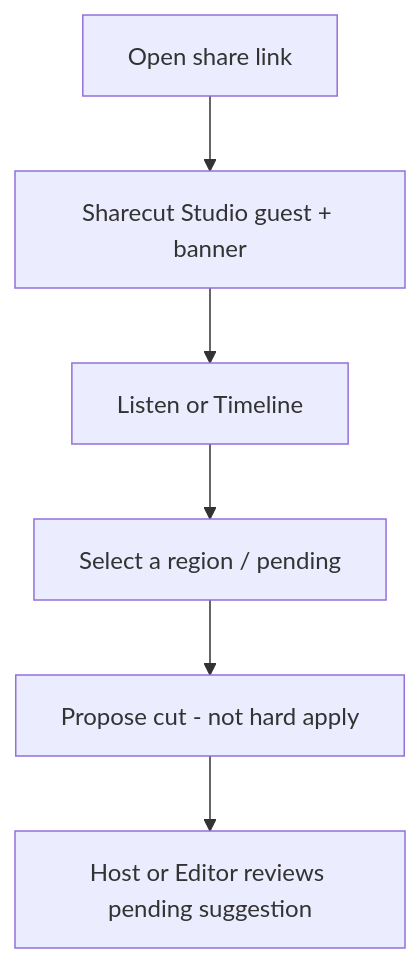
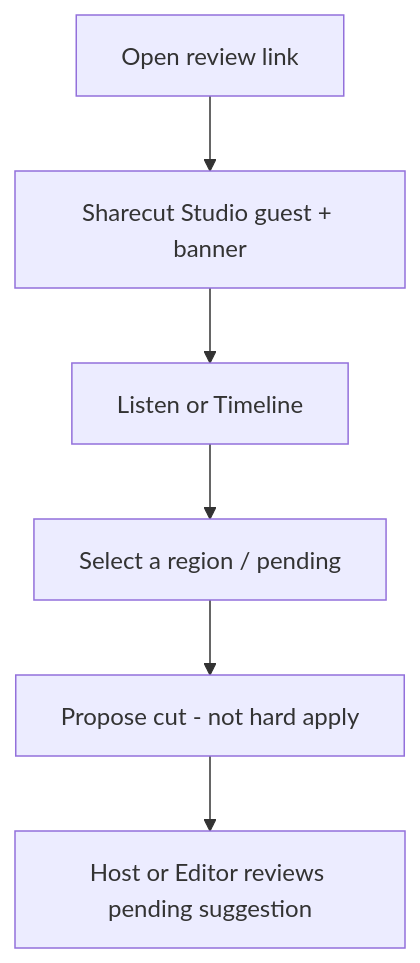
One commit to calebn/sharecut-studio changed the second of 6 diagrams in ux/pages/guest-journeys.md. Above: the diagram before and after it, drawn with Mermaid. The commit also changed other lines of this file and 5 other files, not shown here.

First line of the commit message:
docs(ux): say review link and MCP URL across the UX pack

````diff
--- a/ux/pages/guest-journeys.md
+++ b/ux/pages/guest-journeys.md
@@ -55,8 +55,8 @@
 ```mermaid
 flowchart TD
-  open[Open share link] --> daw[Sharecut Studio guest + banner]
+  open[Open review link] --> daw[Sharecut Studio guest + banner]
   daw --> listen[Listen or Timeline]
   listen --> select[Select a region / pending]
   select --> propose[Propose cut - not hard apply]
   propose --> host[Host or Editor reviews pending suggestion]
 ```
````
